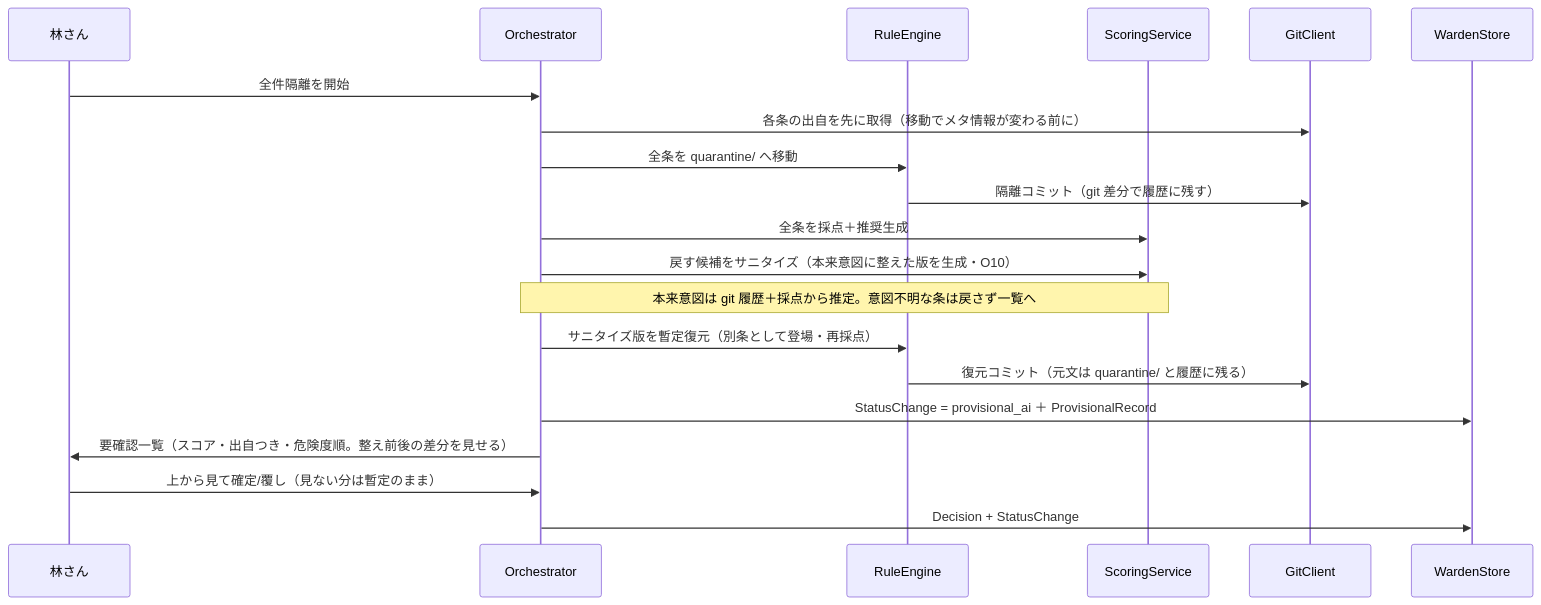
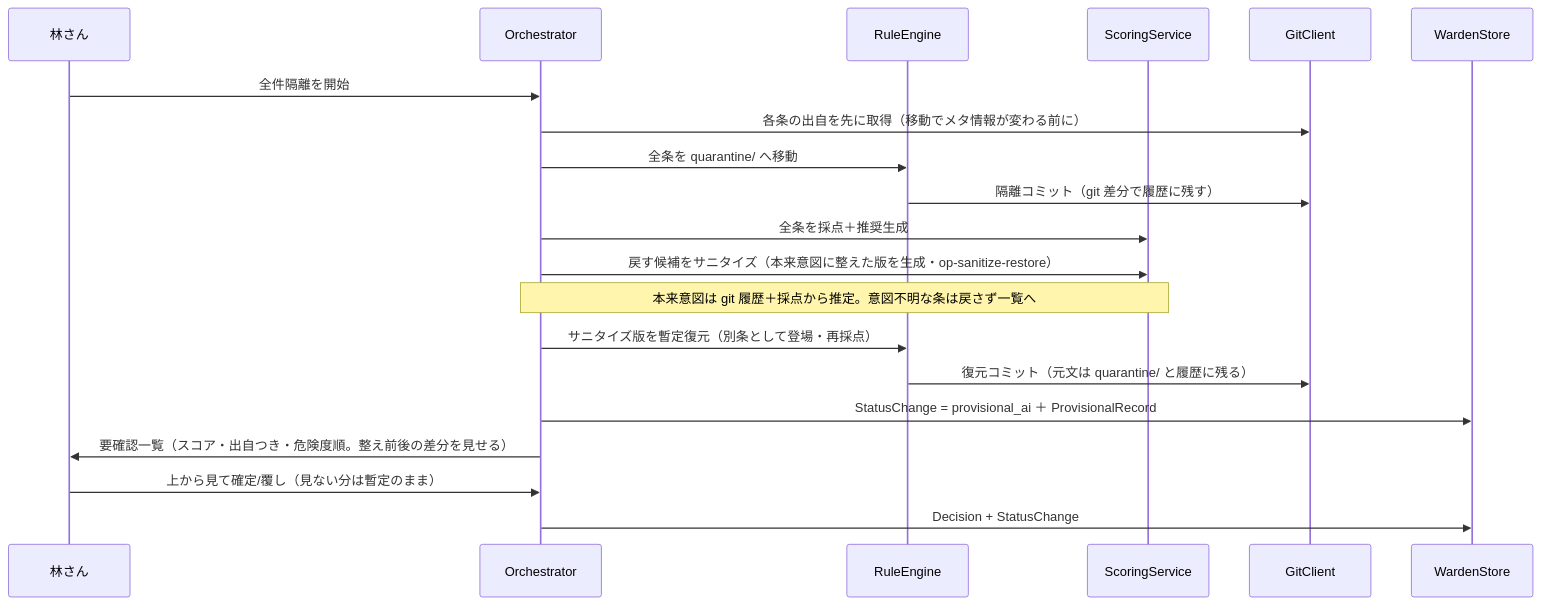
The fourth of 6 diagrams in docs/adr/0002.5-domain-model.md (khayashi4337/rule-warden), drawn with Mermaid before and after one commit. The commit also changed other lines of this file and 22 other files, not shown here.

````diff
--- a/docs/adr/0002.5-domain-model.md
+++ b/docs/adr/0002.5-domain-model.md
@@ -238,23 +238,23 @@
 ```mermaid
 sequenceDiagram
     participant H as 林さん
     participant O as Orchestrator
     participant RE as RuleEngine
     participant SC as ScoringService
     participant GC as GitClient
     participant DB as WardenStore
 
     H->>O: 全件隔離を開始
     O->>GC: 各条の出自を先に取得（移動でメタ情報が変わる前に）
     O->>RE: 全条を quarantine/ へ移動
     RE->>GC: 隔離コミット（git 差分で履歴に残す）
     O->>SC: 全条を採点＋推奨生成
-    O->>SC: 戻す候補をサニタイズ（本来意図に整えた版を生成・O10）
+    O->>SC: 戻す候補をサニタイズ（本来意図に整えた版を生成・op-sanitize-restore）
     Note over O,SC: 本来意図は git 履歴＋採点から推定。意図不明な条は戻さず一覧へ
     O->>RE: サニタイズ版を暫定復元（別条として登場・再採点）
     RE->>GC: 復元コミット（元文は quarantine/ と履歴に残る）
     O->>DB: StatusChange = provisional_ai ＋ ProvisionalRecord
     O->>H: 要確認一覧（スコア・出自つき・危険度順。整え前後の差分を見せる）
     H->>O: 上から見て確定/覆し（見ない分は暫定のまま）
     O->>DB: Decision + StatusChange
 ```
````
